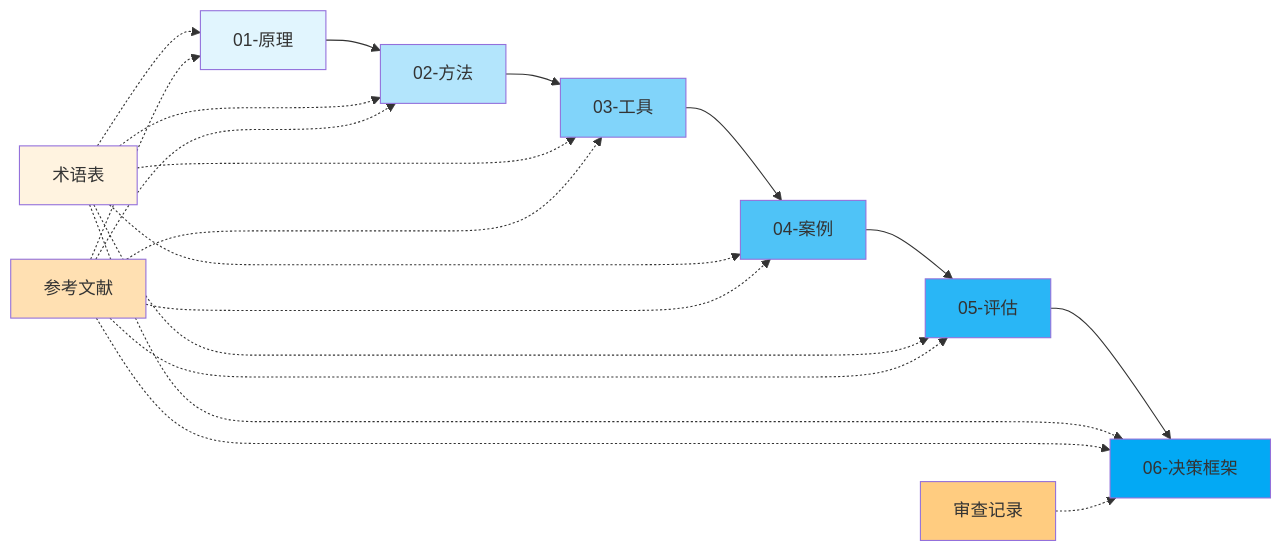
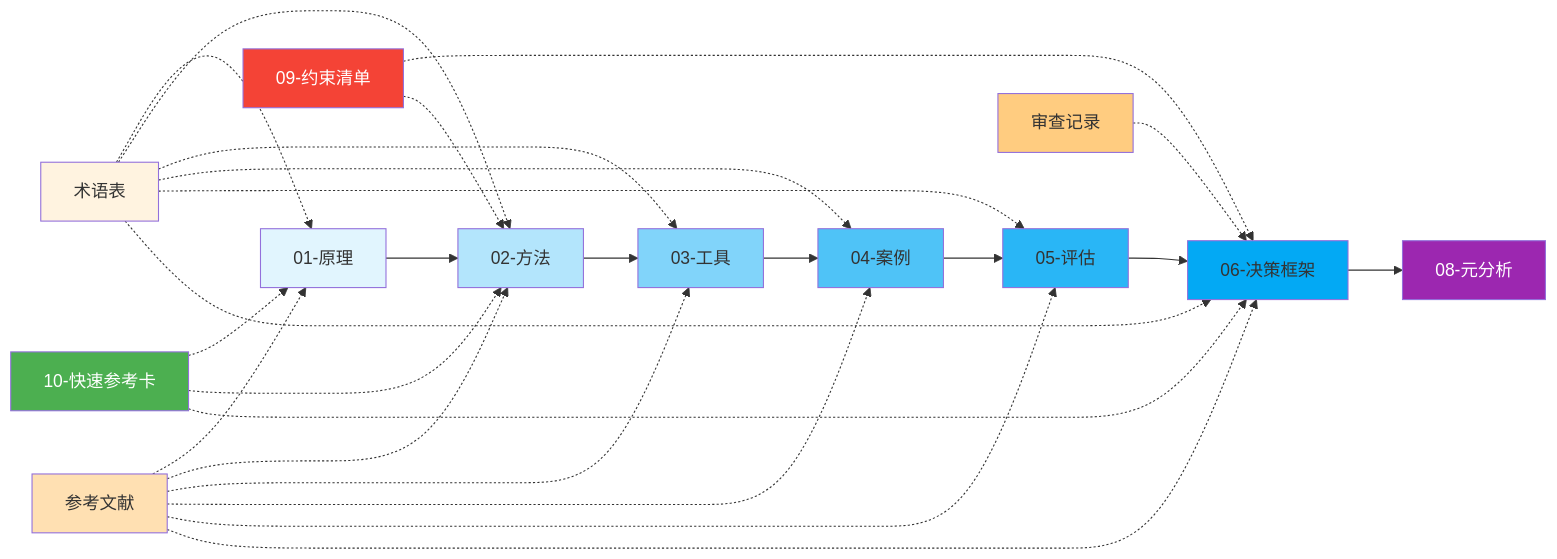
One commit to xinetzone/SpecWeave changed the diagram in .agents/docs/knowledge/learning/llm-token-optimization/README.md. Above: the diagram before and after it, drawn with Mermaid. The commit also changed other lines of this file and 4 other files, not shown here.

Commit message:
docs(knowledge): 基于竹简悟道方法论优化LLM Token优化知识库，新增元分析、约束清单、快速参考卡

````diff
--- a/.agents/docs/knowledge/learning/llm-token-optimization/README.md
+++ b/.agents/docs/knowledge/learning/llm-token-optimization/README.md
@@ -76,21 +87,27 @@
 ```mermaid
 flowchart LR
     A[01-原理] --> B[02-方法]
     B --> C[03-工具]
     C --> D[04-案例]
     D --> E[05-评估]
     E --> F[06-决策框架]
+    F --> J[08-元分析]
+    K[09-约束清单] -.-> F & B
     G[术语表] -.-> A & B & C & D & E & F
     H[参考文献] -.-> A & B & C & D & E & F
     I[审查记录] -.-> F
+    L[10-快速参考卡] -.-> A & B & F
     
     style A fill:#e1f5fe
     style B fill:#b3e5fc
     style C fill:#81d4fa
     style D fill:#4fc3f7
     style E fill:#29b6f6
     style F fill:#03a9f4
+    style J fill:#9c27b0,color:#fff
+    style K fill:#f44336,color:#fff
     style G fill:#fff3e0
     style H fill:#ffe0b2
     style I fill:#ffcc80
+    style L fill:#4caf50,color:#fff
 ```
````
